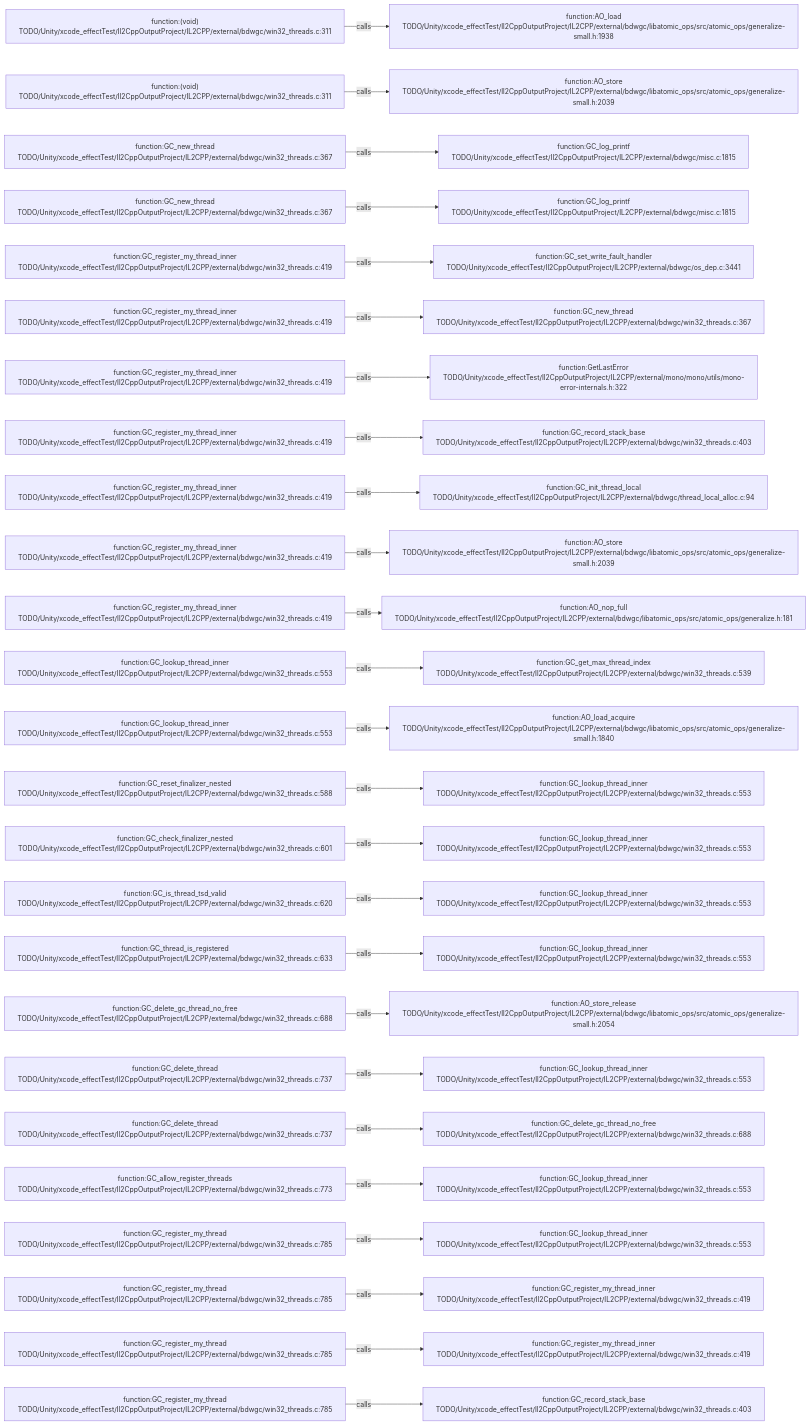
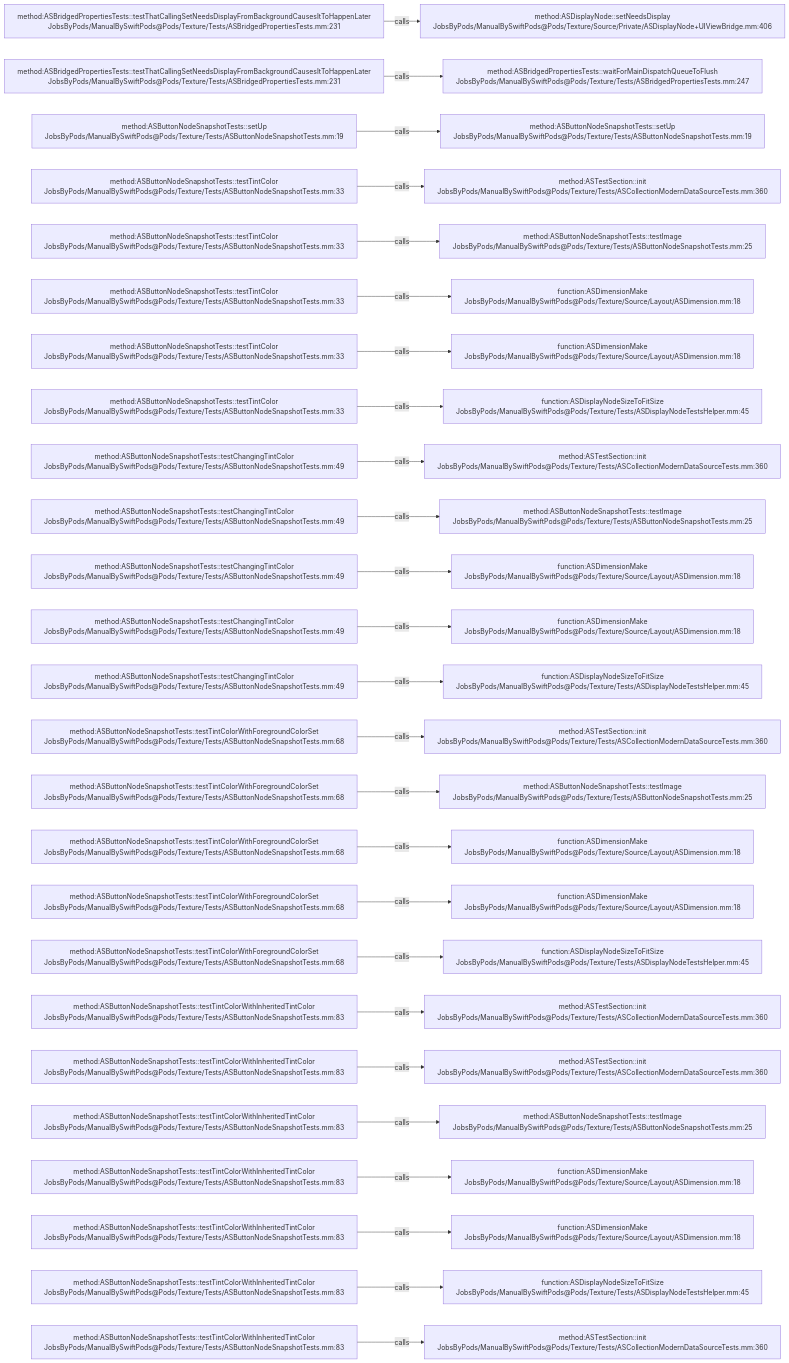
The diagram in .codegraph/codegraph.md/graphs/calls-184.md (JobsKits/JobsSwiftBaseConfigDemo), drawn with Mermaid before and after one commit. The commit also changed 2959 other files, not shown here.

````diff
--- a/.codegraph/codegraph.md/graphs/calls-184.md
+++ b/.codegraph/codegraph.md/graphs/calls-184.md
@@ -13,78 +13,78 @@
 ```mermaid
 flowchart LR
-  S1["function:(void)<br/>TODO/Unity/xcode_effectTest/Il2CppOutputProject/IL2CPP/external/bdwgc/win32_threads.c:311"]
-  T1["function:AO_load<br/>TODO/Unity/xcode_effectTest/Il2CppOutputProject/IL2CPP/external/bdwgc/libatomic_ops/src/atomic_ops/generalize-small.h:1938"]
+  S1["method:ASBridgedPropertiesTests::testThatCallingSetNeedsDisplayFromBackgroundCausesItToHappenLater<br/>JobsByPods/ManualBySwiftPods@Pods/Texture/Tests/ASBridgedPropertiesTests.mm:231"]
+  T1["method:ASDisplayNode::setNeedsDisplay<br/>JobsByPods/ManualBySwiftPods@Pods/Texture/Source/Private/ASDisplayNode+UIViewBridge.mm:406"]
   S1 -->|calls| T1
-  S2["function:(void)<br/>TODO/Unity/xcode_effectTest/Il2CppOutputProject/IL2CPP/external/bdwgc/win32_threads.c:311"]
-  T2["function:AO_store<br/>TODO/Unity/xcode_effectTest/Il2CppOutputProject/IL2CPP/external/bdwgc/libatomic_ops/src/atomic_ops/generalize-small.h:2039"]
+  S2["method:ASBridgedPropertiesTests::testThatCallingSetNeedsDisplayFromBackgroundCausesItToHappenLater<br/>JobsByPods/ManualBySwiftPods@Pods/Texture/Tests/ASBridgedPropertiesTests.mm:231"]
+  T2["method:ASBridgedPropertiesTests::waitForMainDispatchQueueToFlush<br/>JobsByPods/ManualBySwiftPods@Pods/Texture/Tests/ASBridgedPropertiesTests.mm:247"]
   S2 -->|calls| T2
-  S3["function:GC_new_thread<br/>TODO/Unity/xcode_effectTest/Il2CppOutputProject/IL2CPP/external/bdwgc/win32_threads.c:367"]
-  T3["function:GC_log_printf<br/>TODO/Unity/xcode_effectTest/Il2CppOutputProject/IL2CPP/external/bdwgc/misc.c:1815"]
+  S3["method:ASButtonNodeSnapshotTests::setUp<br/>JobsByPods/ManualBySwiftPods@Pods/Texture/Tests/ASButtonNodeSnapshotTests.mm:19"]
+  T3["method:ASButtonNodeSnapshotTests::setUp<br/>JobsByPods/ManualBySwiftPods@Pods/Texture/Tests/ASButtonNodeSnapshotTests.mm:19"]
   S3 -->|calls| T3
-  S4["function:GC_new_thread<br/>TODO/Unity/xcode_effectTest/Il2CppOutputProject/IL2CPP/external/bdwgc/win32_threads.c:367"]
-  T4["function:GC_log_printf<br/>TODO/Unity/xcode_effectTest/Il2CppOutputProject/IL2CPP/external/bdwgc/misc.c:1815"]
+  S4["method:ASButtonNodeSnapshotTests::testTintColor<br/>JobsByPods/ManualBySwiftPods@Pods/Texture/Tests/ASButtonNodeSnapshotTests.mm:33"]
+  T4["method:ASTestSection::init<br/>JobsByPods/ManualBySwiftPods@Pods/Texture/Tests/ASCollectionModernDataSourceTests.mm:360"]
   S4 -->|calls| T4
-  S5["function:GC_register_my_thread_inner<br/>TODO/Unity/xcode_effectTest/Il2CppOutputProject/IL2CPP/external/bdwgc/win32_threads.c:419"]
-  T5["function:GC_set_write_fault_handler<br/>TODO/Unity/xcode_effectTest/Il2CppOutputProject/IL2CPP/external/bdwgc/os_dep.c:3441"]
+  S5["method:ASButtonNodeSnapshotTests::testTintColor<br/>JobsByPods/ManualBySwiftPods@Pods/Texture/Tests/ASButtonNodeSnapshotTests.mm:33"]
+  T5["method:ASButtonNodeSnapshotTests::testImage<br/>JobsByPods/ManualBySwiftPods@Pods/Texture/Tests/ASButtonNodeSnapshotTests.mm:25"]
   S5 -->|calls| T5
-  S6["function:GC_register_my_thread_inner<br/>TODO/Unity/xcode_effectTest/Il2CppOutputProject/IL2CPP/external/bdwgc/win32_threads.c:419"]
-  T6["function:GC_new_thread<br/>TODO/Unity/xcode_effectTest/Il2CppOutputProject/IL2CPP/external/bdwgc/win32_threads.c:367"]
+  S6["method:ASButtonNodeSnapshotTests::testTintColor<br/>JobsByPods/ManualBySwiftPods@Pods/Texture/Tests/ASButtonNodeSnapshotTests.mm:33"]
+  T6["function:ASDimensionMake<br/>JobsByPods/ManualBySwiftPods@Pods/Texture/Source/Layout/ASDimension.mm:18"]
   S6 -->|calls| T6
-  S7["function:GC_register_my_thread_inner<br/>TODO/Unity/xcode_effectTest/Il2CppOutputProject/IL2CPP/external/bdwgc/win32_threads.c:419"]
-  T7["function:GetLastError<br/>TODO/Unity/xcode_effectTest/Il2CppOutputProject/IL2CPP/external/mono/mono/utils/mono-error-internals.h:322"]
+  S7["method:ASButtonNodeSnapshotTests::testTintColor<br/>JobsByPods/ManualBySwiftPods@Pods/Texture/Tests/ASButtonNodeSnapshotTests.mm:33"]
+  T7["function:ASDimensionMake<br/>JobsByPods/ManualBySwiftPods@Pods/Texture/Source/Layout/ASDimension.mm:18"]
   S7 -->|calls| T7
-  S8["function:GC_register_my_thread_inner<br/>TODO/Unity/xcode_effectTest/Il2CppOutputProject/IL2CPP/external/bdwgc/win32_threads.c:419"]
-  T8["function:GC_record_stack_base<br/>TODO/Unity/xcode_effectTest/Il2CppOutputProject/IL2CPP/external/bdwgc/win32_threads.c:403"]
+  S8["method:ASButtonNodeSnapshotTests::testTintColor<br/>JobsByPods/ManualBySwiftPods@Pods/Texture/Tests/ASButtonNodeSnapshotTests.mm:33"]
+  T8["function:ASDisplayNodeSizeToFitSize<br/>JobsByPods/ManualBySwiftPods@Pods/Texture/Tests/ASDisplayNodeTestsHelper.mm:45"]
   S8 -->|calls| T8
-  S9["function:GC_register_my_thread_inner<br/>TODO/Unity/xcode_effectTest/Il2CppOutputProject/IL2CPP/external/bdwgc/win32_threads.c:419"]
-  T9["function:GC_init_thread_local<br/>TODO/Unity/xcode_effectTest/Il2CppOutputProject/IL2CPP/external/bdwgc/thread_local_alloc.c:94"]
+  S9["method:ASButtonNodeSnapshotTests::testChangingTintColor<br/>JobsByPods/ManualBySwiftPods@Pods/Texture/Tests/ASButtonNodeSnapshotTests.mm:49"]
+  T9["method:ASTestSection::init<br/>JobsByPods/ManualBySwiftPods@Pods/Texture/Tests/ASCollectionModernDataSourceTests.mm:360"]
   S9 -->|calls| T9
-  S10["function:GC_register_my_thread_inner<br/>TODO/Unity/xcode_effectTest/Il2CppOutputProject/IL2CPP/external/bdwgc/win32_threads.c:419"]
-  T10["function:AO_store<br/>TODO/Unity/xcode_effectTest/Il2CppOutputProject/IL2CPP/external/bdwgc/libatomic_ops/src/atomic_ops/generalize-small.h:2039"]
+  S10["method:ASButtonNodeSnapshotTests::testChangingTintColor<br/>JobsByPods/ManualBySwiftPods@Pods/Texture/Tests/ASButtonNodeSnapshotTests.mm:49"]
+  T10["method:ASButtonNodeSnapshotTests::testImage<br/>JobsByPods/ManualBySwiftPods@Pods/Texture/Tests/ASButtonNodeSnapshotTests.mm:25"]
   S10 -->|calls| T10
-  S11["function:GC_register_my_thread_inner<br/>TODO/Unity/xcode_effectTest/Il2CppOutputProject/IL2CPP/external/bdwgc/win32_threads.c:419"]
-  T11["function:AO_nop_full<br/>TODO/Unity/xcode_effectTest/Il2CppOutputProject/IL2CPP/external/bdwgc/libatomic_ops/src/atomic_ops/generalize.h:181"]
+  S11["method:ASButtonNodeSnapshotTests::testChangingTintColor<br/>JobsByPods/ManualBySwiftPods@Pods/Texture/Tests/ASButtonNodeSnapshotTests.mm:49"]
+  T11["function:ASDimensionMake<br/>JobsByPods/ManualBySwiftPods@Pods/Texture/Source/Layout/ASDimension.mm:18"]
   S11 -->|calls| T11
-  S12["function:GC_lookup_thread_inner<br/>TODO/Unity/xcode_effectTest/Il2CppOutputProject/IL2CPP/external/bdwgc/win32_threads.c:553"]
-  T12["function:GC_get_max_thread_index<br/>TODO/Unity/xcode_effectTest/Il2CppOutputProject/IL2CPP/external/bdwgc/win32_threads.c:539"]
+  S12["method:ASButtonNodeSnapshotTests::testChangingTintColor<br/>JobsByPods/ManualBySwiftPods@Pods/Texture/Tests/ASButtonNodeSnapshotTests.mm:49"]
+  T12["function:ASDimensionMake<br/>JobsByPods/ManualBySwiftPods@Pods/Texture/Source/Layout/ASDimension.mm:18"]
   S12 -->|calls| T12
-  S13["function:GC_lookup_thread_inner<br/>TODO/Unity/xcode_effectTest/Il2CppOutputProject/IL2CPP/external/bdwgc/win32_threads.c:553"]
-  T13["function:AO_load_acquire<br/>TODO/Unity/xcode_effectTest/Il2CppOutputProject/IL2CPP/external/bdwgc/libatomic_ops/src/atomic_ops/generalize-small.h:1840"]
+  S13["method:ASButtonNodeSnapshotTests::testChangingTintColor<br/>JobsByPods/ManualBySwiftPods@Pods/Texture/Tests/ASButtonNodeSnapshotTests.mm:49"]
+  T13["function:ASDisplayNodeSizeToFitSize<br/>JobsByPods/ManualBySwiftPods@Pods/Texture/Tests/ASDisplayNodeTestsHelper.mm:45"]
   S13 -->|calls| T13
-  S14["function:GC_reset_finalizer_nested<br/>TODO/Unity/xcode_effectTest/Il2CppOutputProject/IL2CPP/external/bdwgc/win32_threads.c:588"]
-  T14["function:GC_lookup_thread_inner<br/>TODO/Unity/xcode_effectTest/Il2CppOutputProject/IL2CPP/external/bdwgc/win32_threads.c:553"]
+  S14["method:ASButtonNodeSnapshotTests::testTintColorWithForegroundColorSet<br/>JobsByPods/ManualBySwiftPods@Pods/Texture/Tests/ASButtonNodeSnapshotTests.mm:68"]
+  T14["method:ASTestSection::init<br/>JobsByPods/ManualBySwiftPods@Pods/Texture/Tests/ASCollectionModernDataSourceTests.mm:360"]
   S14 -->|calls| T14
-  S15["function:GC_check_finalizer_nested<br/>TODO/Unity/xcode_effectTest/Il2CppOutputProject/IL2CPP/external/bdwgc/win32_threads.c:601"]
-  T15["function:GC_lookup_thread_inner<br/>TODO/Unity/xcode_effectTest/Il2CppOutputProject/IL2CPP/external/bdwgc/win32_threads.c:553"]
+  S15["method:ASButtonNodeSnapshotTests::testTintColorWithForegroundColorSet<br/>JobsByPods/ManualBySwiftPods@Pods/Texture/Tests/ASButtonNodeSnapshotTests.mm:68"]
+  T15["method:ASButtonNodeSnapshotTests::testImage<br/>JobsByPods/ManualBySwiftPods@Pods/Texture/Tests/ASButtonNodeSnapshotTests.mm:25"]
   S15 -->|calls| T15
-  S16["function:GC_is_thread_tsd_valid<br/>TODO/Unity/xcode_effectTest/Il2CppOutputProject/IL2CPP/external/bdwgc/win32_threads.c:620"]
-  T16["function:GC_lookup_thread_inner<br/>TODO/Unity/xcode_effectTest/Il2CppOutputProject/IL2CPP/external/bdwgc/win32_threads.c:553"]
+  S16["method:ASButtonNodeSnapshotTests::testTintColorWithForegroundColorSet<br/>JobsByPods/ManualBySwiftPods@Pods/Texture/Tests/ASButtonNodeSnapshotTests.mm:68"]
+  T16["function:ASDimensionMake<br/>JobsByPods/ManualBySwiftPods@Pods/Texture/Source/Layout/ASDimension.mm:18"]
   S16 -->|calls| T16
-  S17["function:GC_thread_is_registered<br/>TODO/Unity/xcode_effectTest/Il2CppOutputProject/IL2CPP/external/bdwgc/win32_threads.c:633"]
-  T17["function:GC_lookup_thread_inner<br/>TODO/Unity/xcode_effectTest/Il2CppOutputProject/IL2CPP/external/bdwgc/win32_threads.c:553"]
+  S17["method:ASButtonNodeSnapshotTests::testTintColorWithForegroundColorSet<br/>JobsByPods/ManualBySwiftPods@Pods/Texture/Tests/ASButtonNodeSnapshotTests.mm:68"]
+  T17["function:ASDimensionMake<br/>JobsByPods/ManualBySwiftPods@Pods/Texture/Source/Layout/ASDimension.mm:18"]
   S17 -->|calls| T17
-  S18["function:GC_delete_gc_thread_no_free<br/>TODO/Unity/xcode_effectTest/Il2CppOutputProject/IL2CPP/external/bdwgc/win32_threads.c:688"]
-  T18["function:AO_store_release<br/>TODO/Unity/xcode_effectTest/Il2CppOutputProject/IL2CPP/external/bdwgc/libatomic_ops/src/atomic_ops/generalize-small.h:2054"]
+  S18["method:ASButtonNodeSnapshotTests::testTintColorWithForegroundColorSet<br/>JobsByPods/ManualBySwiftPods@Pods/Texture/Tests/ASButtonNodeSnapshotTests.mm:68"]
+  T18["function:ASDisplayNodeSizeToFitSize<br/>JobsByPods/ManualBySwiftPods@Pods/Texture/Tests/ASDisplayNodeTestsHelper.mm:45"]
   S18 -->|calls| T18
-  S19["function:GC_delete_thread<br/>TODO/Unity/xcode_effectTest/Il2CppOutputProject/IL2CPP/external/bdwgc/win32_threads.c:737"]
-  T19["function:GC_lookup_thread_inner<br/>TODO/Unity/xcode_effectTest/Il2CppOutputProject/IL2CPP/external/bdwgc/win32_threads.c:553"]
+  S19["method:ASButtonNodeSnapshotTests::testTintColorWithInheritedTintColor<br/>JobsByPods/ManualBySwiftPods@Pods/Texture/Tests/ASButtonNodeSnapshotTests.mm:83"]
+  T19["method:ASTestSection::init<br/>JobsByPods/ManualBySwiftPods@Pods/Texture/Tests/ASCollectionModernDataSourceTests.mm:360"]
   S19 -->|calls| T19
-  S20["function:GC_delete_thread<br/>TODO/Unity/xcode_effectTest/Il2CppOutputProject/IL2CPP/external/bdwgc/win32_threads.c:737"]
-  T20["function:GC_delete_gc_thread_no_free<br/>TODO/Unity/xcode_effectTest/Il2CppOutputProject/IL2CPP/external/bdwgc/win32_threads.c:688"]
+  S20["method:ASButtonNodeSnapshotTests::testTintColorWithInheritedTintColor<br/>JobsByPods/ManualBySwiftPods@Pods/Texture/Tests/ASButtonNodeSnapshotTests.mm:83"]
+  T20["method:ASTestSection::init<br/>JobsByPods/ManualBySwiftPods@Pods/Texture/Tests/ASCollectionModernDataSourceTests.mm:360"]
   S20 -->|calls| T20
-  S21["function:GC_allow_register_threads<br/>TODO/Unity/xcode_effectTest/Il2CppOutputProject/IL2CPP/external/bdwgc/win32_threads.c:773"]
-  T21["function:GC_lookup_thread_inner<br/>TODO/Unity/xcode_effectTest/Il2CppOutputProject/IL2CPP/external/bdwgc/win32_threads.c:553"]
+  S21["method:ASButtonNodeSnapshotTests::testTintColorWithInheritedTintColor<br/>JobsByPods/ManualBySwiftPods@Pods/Texture/Tests/ASButtonNodeSnapshotTests.mm:83"]
+  T21["method:ASButtonNodeSnapshotTests::testImage<br/>JobsByPods/ManualBySwiftPods@Pods/Texture/Tests/ASButtonNodeSnapshotTests.mm:25"]
   S21 -->|calls| T21
-  S22["function:GC_register_my_thread<br/>TODO/Unity/xcode_effectTest/Il2CppOutputProject/IL2CPP/external/bdwgc/win32_threads.c:785"]
-  T22["function:GC_lookup_thread_inner<br/>TODO/Unity/xcode_effectTest/Il2CppOutputProject/IL2CPP/external/bdwgc/win32_threads.c:553"]
+  S22["method:ASButtonNodeSnapshotTests::testTintColorWithInheritedTintColor<br/>JobsByPods/ManualBySwiftPods@Pods/Texture/Tests/ASButtonNodeSnapshotTests.mm:83"]
+  T22["function:ASDimensionMake<br/>JobsByPods/ManualBySwiftPods@Pods/Texture/Source/Layout/ASDimension.mm:18"]
   S22 -->|calls| T22
-  S23["function:GC_register_my_thread<br/>TODO/Unity/xcode_effectTest/Il2CppOutputProject/IL2CPP/external/bdwgc/win32_threads.c:785"]
-  T23["function:GC_register_my_thread_inner<br/>TODO/Unity/xcode_effectTest/Il2CppOutputProject/IL2CPP/external/bdwgc/win32_threads.c:419"]
+  S23["method:ASButtonNodeSnapshotTests::testTintColorWithInheritedTintColor<br/>JobsByPods/ManualBySwiftPods@Pods/Texture/Tests/ASButtonNodeSnapshotTests.mm:83"]
+  T23["function:ASDimensionMake<br/>JobsByPods/ManualBySwiftPods@Pods/Texture/Source/Layout/ASDimension.mm:18"]
   S23 -->|calls| T23
-  S24["function:GC_register_my_thread<br/>TODO/Unity/xcode_effectTest/Il2CppOutputProject/IL2CPP/external/bdwgc/win32_threads.c:785"]
-  T24["function:GC_register_my_thread_inner<br/>TODO/Unity/xcode_effectTest/Il2CppOutputProject/IL2CPP/external/bdwgc/win32_threads.c:419"]
+  S24["method:ASButtonNodeSnapshotTests::testTintColorWithInheritedTintColor<br/>JobsByPods/ManualBySwiftPods@Pods/Texture/Tests/ASButtonNodeSnapshotTests.mm:83"]
+  T24["function:ASDisplayNodeSizeToFitSize<br/>JobsByPods/ManualBySwiftPods@Pods/Texture/Tests/ASDisplayNodeTestsHelper.mm:45"]
   S24 -->|calls| T24
-  S25["function:GC_register_my_thread<br/>TODO/Unity/xcode_effectTest/Il2CppOutputProject/IL2CPP/external/bdwgc/win32_threads.c:785"]
-  T25["function:GC_record_stack_base<br/>TODO/Unity/xcode_effectTest/Il2CppOutputProject/IL2CPP/external/bdwgc/win32_threads.c:403"]
+  S25["method:ASButtonNodeSnapshotTests::testTintColorWithInheritedTintColor<br/>JobsByPods/ManualBySwiftPods@Pods/Texture/Tests/ASButtonNodeSnapshotTests.mm:83"]
+  T25["method:ASTestSection::init<br/>JobsByPods/ManualBySwiftPods@Pods/Texture/Tests/ASCollectionModernDataSourceTests.mm:360"]
   S25 -->|calls| T25
 ```
````
